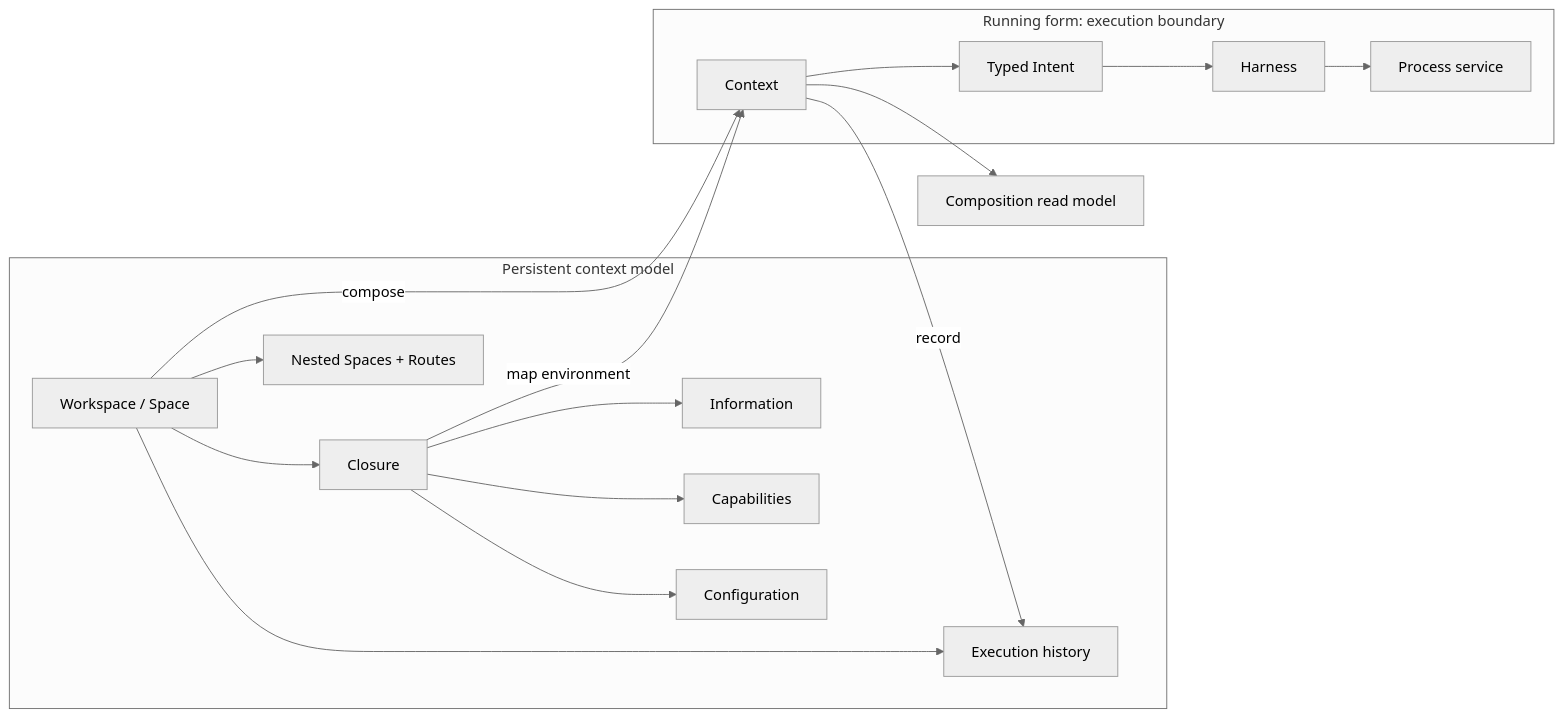
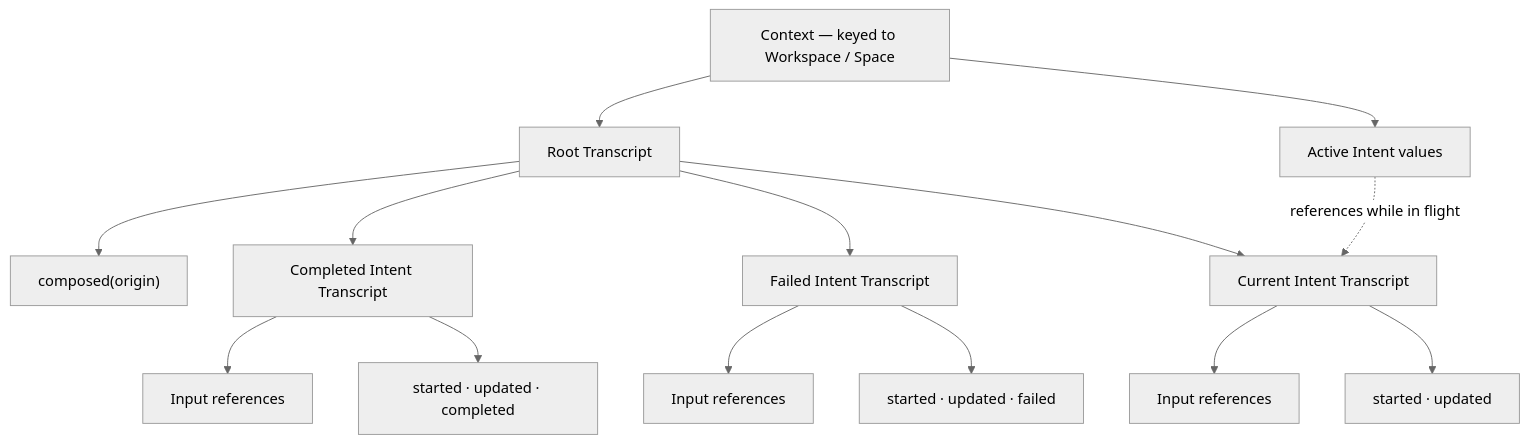
The first of 2 diagrams in Docs/ScintRuntime.md (scintapp/Scint), drawn with Mermaid (neutral theme) before and after one commit. The commit also changed other lines of this file and 151 other files, not shown here.

````diff
--- a/Docs/ScintRuntime.md
+++ b/Docs/ScintRuntime.md
@@ -38,23 +147,16 @@
 ```mermaid
-flowchart LR
-    subgraph Persistent["Persistent context model"]
-        Origin["Workspace / Space"]
-        Origin --> Closure
-        Closure --> Information["Information"]
-        Closure --> Capabilities["Capabilities"]
-        Closure --> Configuration["Configuration"]
-        Origin --> Topology["Nested Spaces + Routes"]
-        Origin --> History["Execution history"]
-    end
-
-    subgraph Execution["Running form: execution boundary"]
-        Context --> Intent["Typed Intent"]
-        Intent --> Harness
-        Harness --> Service["Process service"]
-    end
-
-    Origin -->|"compose"| Context
-    Closure -->|"map environment"| Context
-    Context -->|"record"| History
-    Context --> Composition["Composition read model"]
+flowchart TD
+    Context["Context — keyed to Workspace / Space"] --> Root["Root Transcript"]
+    Context --> Active["Active Intent values"]
+    Root --> ComposeSignal["composed(origin)"]
+    Root --> BranchA["Completed Intent Transcript"]
+    Root --> BranchB["Failed Intent Transcript"]
+    Root --> BranchC["Current Intent Transcript"]
+    Active -.->|"references while in flight"| BranchC
+    BranchA --> InputsA["Input references"]
+    BranchA --> SignalsA["started · updated · completed"]
+    BranchB --> InputsB["Input references"]
+    BranchB --> SignalsB["started · updated · failed"]
+    BranchC --> InputsC["Input references"]
+    BranchC --> SignalsC["started · updated"]
 ```
````
